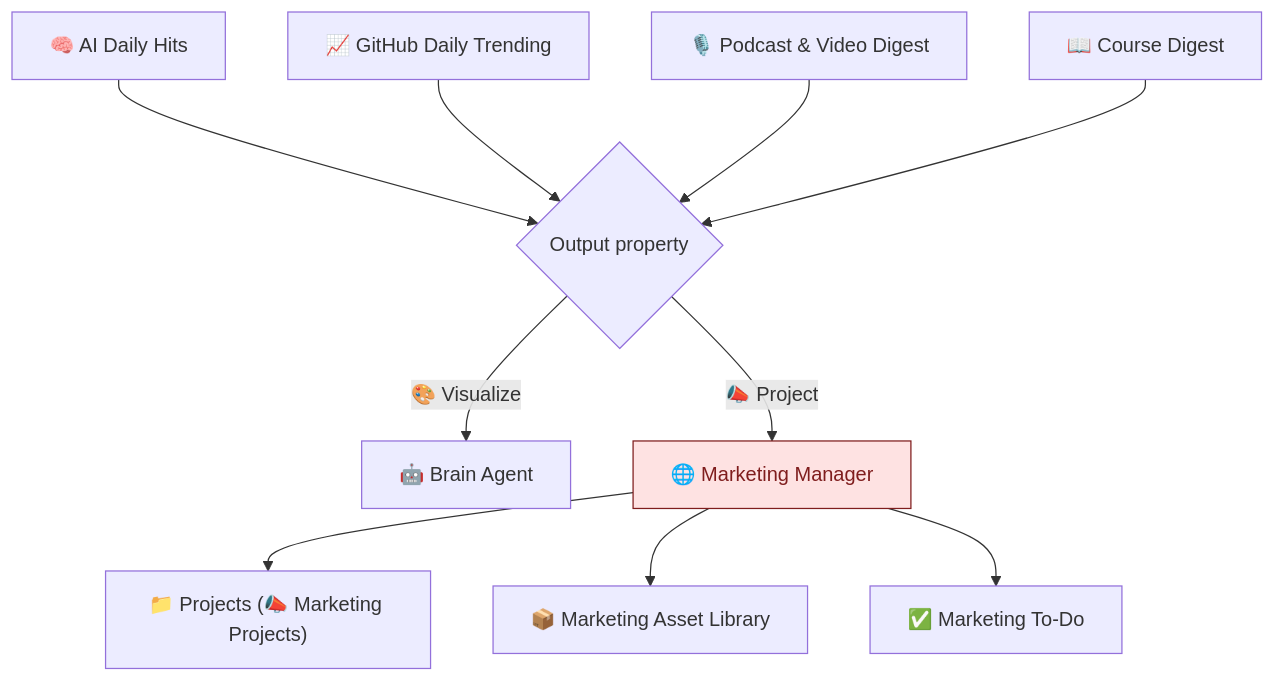
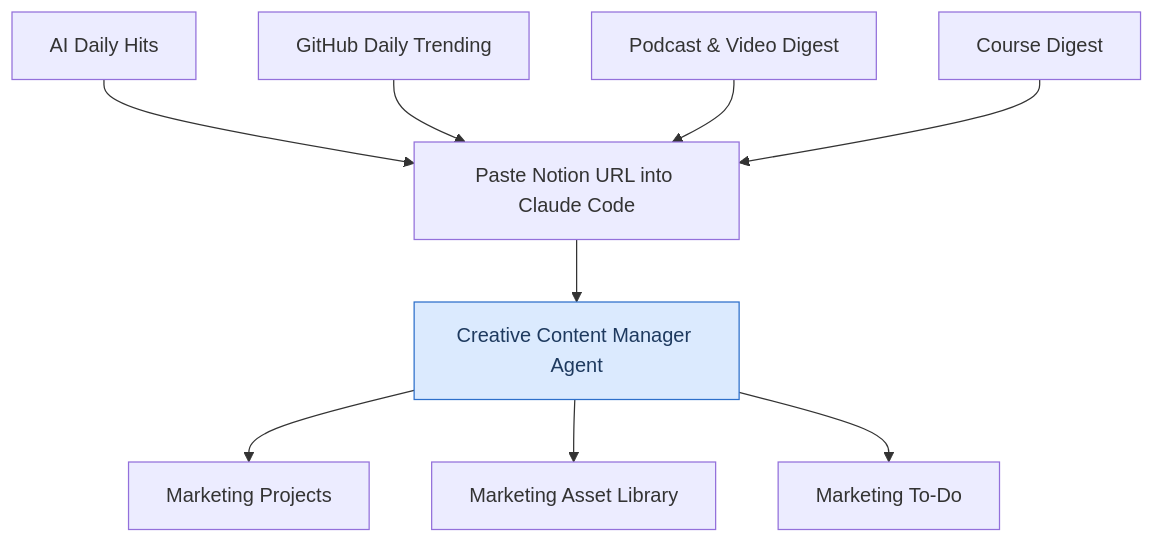
The diagram in README.md (yingshill/brand_os), drawn with Mermaid before and after one commit. The commit also changed other lines of this file, not shown here.

First line of the commit message:
Update README to reflect current project state

````diff
--- a/README.md
+++ b/README.md
@@ -20,13 +17,12 @@
 ```mermaid
 graph TD
-    A["🧠 AI Daily Hits"] --> S{"Output property"}
-    B["📈 GitHub Daily Trending"] --> S
-    C["🎙️ Podcast & Video Digest"] --> S
-    D["📖 Course Digest"] --> S
-    S -->|"🎨 Visualize"| BA["🤖 Brain Agent"]
-    S -->|"📣 Project"| MM["🌐 Marketing Manager"]
-    MM --> P["📁 Projects (📣 Marketing Projects)"]
-    MM --> AL["📦 Marketing Asset Library"]
-    MM --> TD["✅ Marketing To-Do"]
-    style MM fill:#fee2e2,color:#7f1d1d,stroke:#7f1d1d
+    A["AI Daily Hits"] --> URL
+    B["GitHub Daily Trending"] --> URL
+    C["Podcast & Video Digest"] --> URL
+    D["Course Digest"] --> URL
+    URL["Paste Notion URL into Claude Code"] --> MM["Creative Content Manager Agent"]
+    MM --> P["Marketing Projects"]
+    MM --> AL["Marketing Asset Library"]
+    MM --> TD["Marketing To-Do"]
+    style MM fill:#dbeafe,color:#1e3a5f,stroke:#2d6fca
 ```
````
